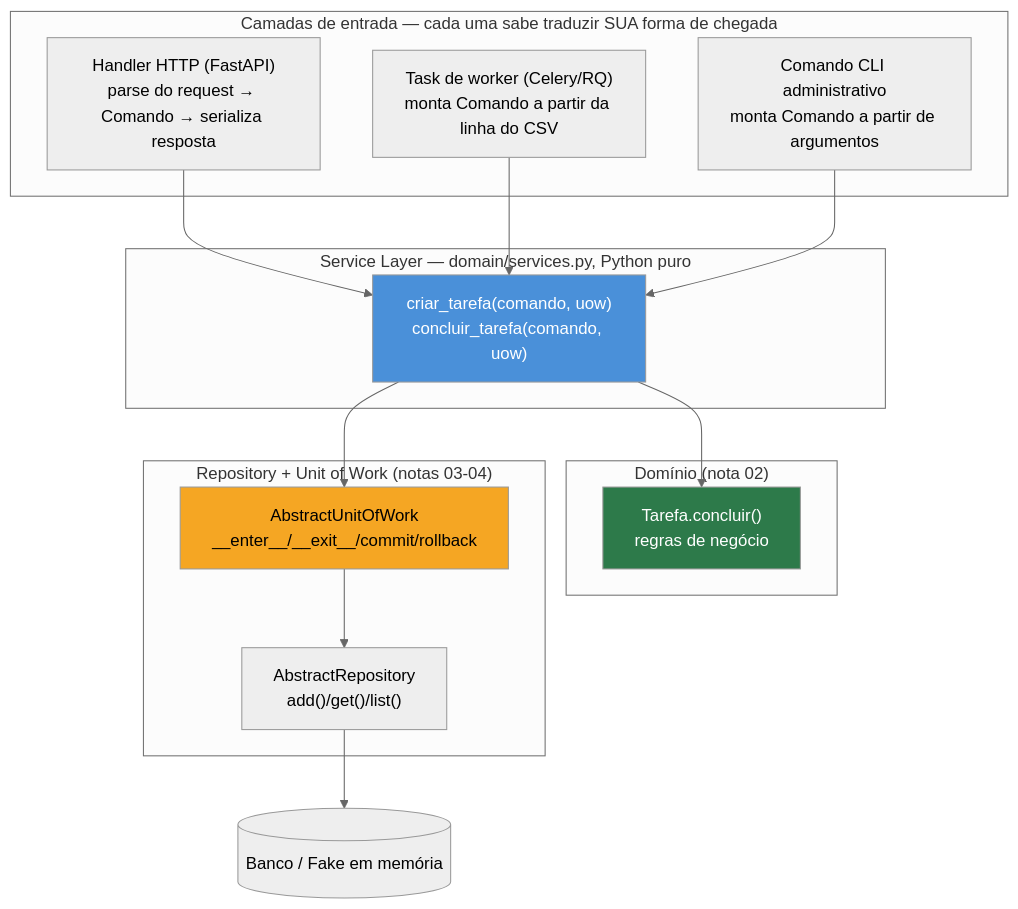
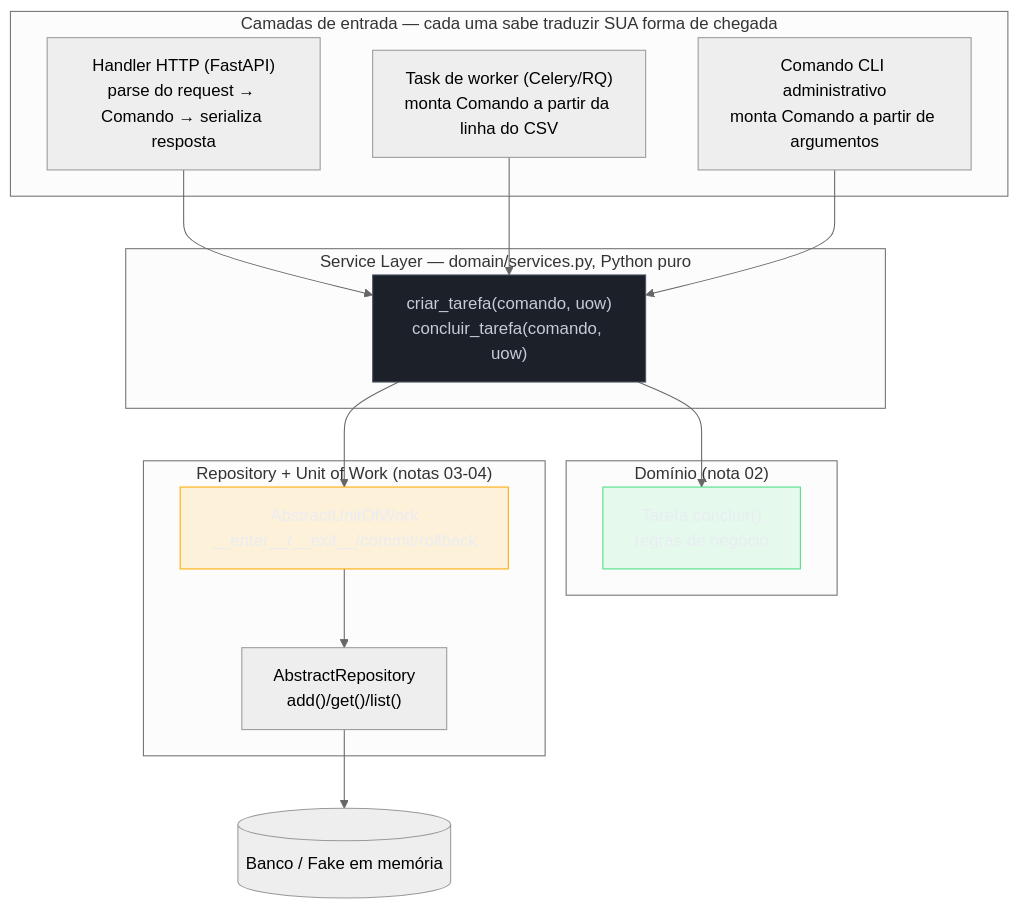
One commit to josenaldo/codex-technomanticus changed the first of 2 diagrams in 03-Dominios/Tecnologia/Python/Arquitetura e Design Patterns/06 - Service Layer — orquestrando casos de uso.md. Above: the diagram before and after it, drawn with Mermaid (neutral theme). The commit also changed other lines of this file and 1181 other files, not shown here.

First line of the commit message:
fix(diagramas): paleta do sistema no lugar de cor cravada no markdown

````diff
--- a/03-Dominios/Tecnologia/Python/Arquitetura e Design Patterns/06 - Service Layer — orquestrando casos de uso.md
+++ b/03-Dominios/Tecnologia/Python/Arquitetura e Design Patterns/06 - Service Layer — orquestrando casos de uso.md
@@ -124,33 +124,36 @@
 ```mermaid
 flowchart TB
+    classDef neutro fill:#1B2029,stroke:#4E5666,color:#C6CCD8
+    classDef ok fill:#4ADE8021,stroke:#4ADE80,color:#E9ECF2
+    classDef destaque fill:#FFAA0024,stroke:#FFAA00,color:#E9ECF2
     subgraph Entrada["Camadas de entrada — cada uma sabe traduzir SUA forma de chegada"]
         HTTP["Handler HTTP (FastAPI)\nparse do request → Comando → serializa resposta"]
         WORKER["Task de worker (Celery/RQ)\nmonta Comando a partir da linha do CSV"]
         CLI["Comando CLI administrativo\nmonta Comando a partir de argumentos"]
     end
 
     subgraph Servico["Service Layer — domain/services.py, Python puro"]
         SVC["criar_tarefa(comando, uow)\nconcluir_tarefa(comando, uow)"]
     end
 
     subgraph Dominio["Domínio (nota 02)"]
         ENT["Tarefa.concluir()\nregras de negócio"]
     end
 
     subgraph Persistencia["Repository + Unit of Work (notas 03-04)"]
         UOW["AbstractUnitOfWork\n__enter__/__exit__/commit/rollback"]
         REPO["AbstractRepository\nadd()/get()/list()"]
     end
 
     HTTP --> SVC
     WORKER --> SVC
     CLI --> SVC
     SVC --> ENT
     SVC --> UOW
     UOW --> REPO
     REPO --> DB[("Banco / Fake em memória")]
 
-    style SVC fill:#4A90D9,color:#fff
-    style ENT fill:#2d7a4a,color:#fff
-    style UOW fill:#F5A623,color:#000
+    class SVC neutro
+    class ENT ok
+    class UOW destaque
 ```
````
